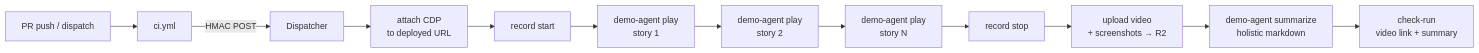
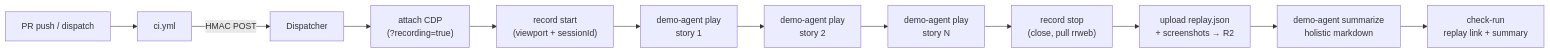
One commit to OpenHackersClub/flare-dispatch changed the diagram in recipes/product-demo/README.md. Above: the diagram before and after it, drawn with Mermaid. The commit also changed other lines of this file and 4 other files, not shown here.

````diff
--- a/recipes/product-demo/README.md
+++ b/recipes/product-demo/README.md
@@ -23,14 +23,14 @@
 ```mermaid
 flowchart LR
   PR[PR push / dispatch] --> A[ci.yml]
   A -->|HMAC POST| DSP[Dispatcher]
-  DSP --> CDP[attach CDP<br/>to deployed URL]
-  CDP --> REC[record start]
+  DSP --> CDP["attach CDP<br/>(?recording=true)"]
+  CDP --> REC["record start<br/>(viewport + sessionId)"]
   REC --> S1[demo-agent play<br/>story 1]
   S1 --> S2[demo-agent play<br/>story 2]
   S2 --> SN[demo-agent play<br/>story N]
-  SN --> STOP[record stop]
-  STOP --> R2[upload video<br/>+ screenshots → R2]
+  SN --> STOP["record stop<br/>(close, pull rrweb)"]
+  STOP --> R2[upload replay.json<br/>+ screenshots → R2]
   R2 --> SUM[demo-agent summarize<br/>holistic markdown]
-  SUM --> CHK[check-run<br/>video link + summary]
+  SUM --> CHK[check-run<br/>replay link + summary]
 ```
````
